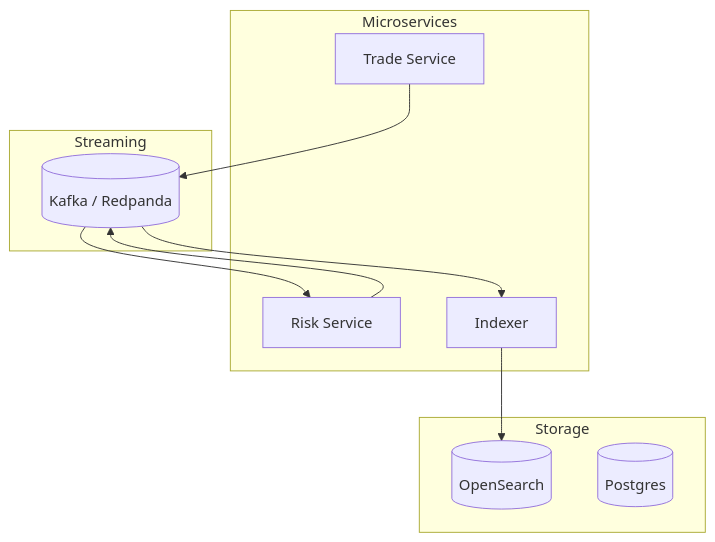
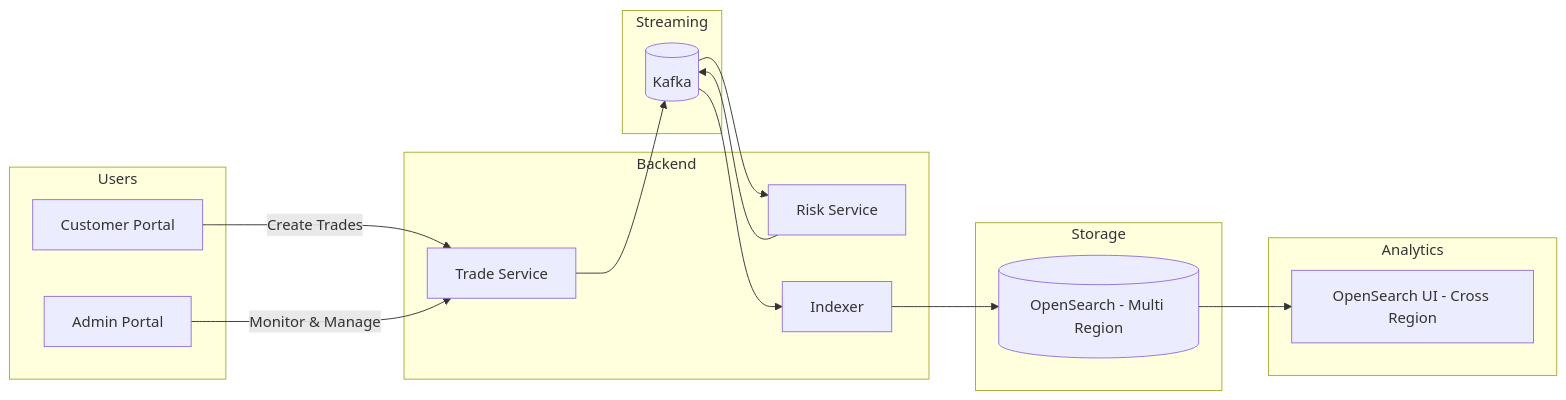
The first of 2 diagrams in README.md (javakishore-veleti/FX-Trade-Analytics-AWs-OpenSearch), drawn with Mermaid before and after one commit. The commit also changed other lines of this file, not shown here.

Commit message:
Enhance README with portals and AWS OpenSearch cross-region context

````diff
--- a/README.md
+++ b/README.md
@@ -35,23 +25,36 @@
 ```mermaid
-flowchart TD
-    subgraph Microservices
+flowchart LR
+    subgraph Users
+        CUST[Customer Portal]
+        ADMIN[Admin Portal]
+    end
+
+    subgraph Backend
         TS[Trade Service]
         RS[Risk Service]
         IDX[Indexer]
     end
 
     subgraph Streaming
-        K[(Kafka / Redpanda)]
+        K[(Kafka)]
     end
 
     subgraph Storage
-        OS[(OpenSearch)]
-        PG[(Postgres)]
+        OS[(OpenSearch - Multi Region)]
     end
+
+    subgraph Analytics
+        UI[OpenSearch UI - Cross Region]
+    end
+
+    CUST -->|Create Trades| TS
+    ADMIN -->|Monitor & Manage| TS
 
     TS --> K
     K --> RS
     RS --> K
     K --> IDX
     IDX --> OS
+
+    OS --> UI
 ```
````
